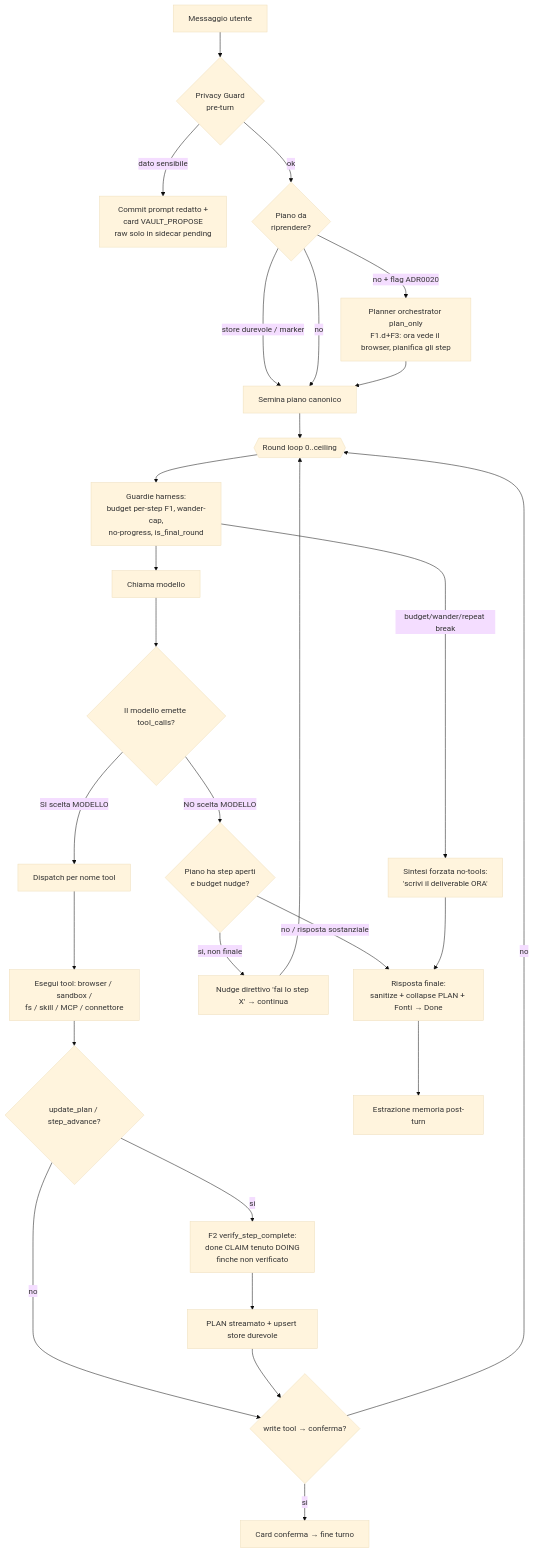
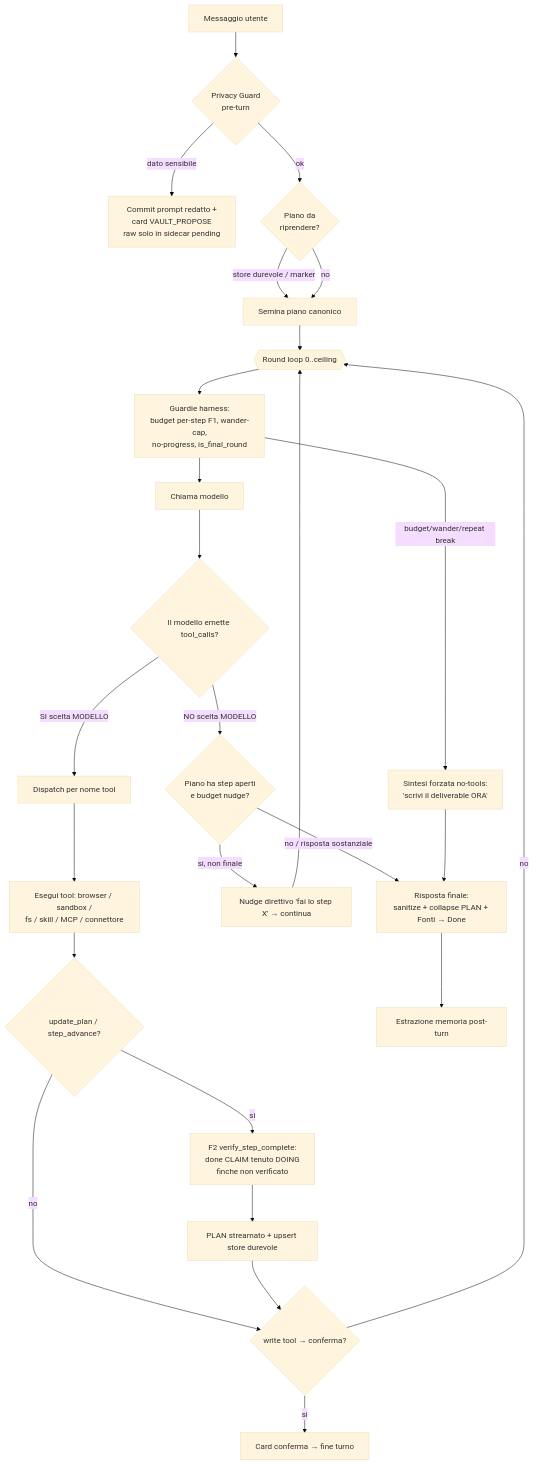
One commit to homun-app/homun-core changed the diagram in docs/architecture/agent-loop.md. Above: the diagram before and after it, drawn with Mermaid (base theme). The commit also changed other lines of this file and 8 other files, not shown here.

````diff
--- a/docs/architecture/agent-loop.md
+++ b/docs/architecture/agent-loop.md
@@ -55,34 +62,32 @@
 ```mermaid
 flowchart TD
     REQ[Messaggio utente] --> PRIV{Privacy Guard<br/>pre-turn}
     PRIV -- "dato sensibile" --> VAULT[Commit prompt redatto +<br/>card VAULT_PROPOSE<br/>raw solo in sidecar pending]
     PRIV -- "ok" --> SEED{Piano da<br/>riprendere?}
     SEED -- "store durevole / marker" --> PLAN0[Semina piano canonico]
-    SEED -- "no + flag ADR0020" --> ORCH[Planner orchestrator plan_only<br/>F1.d+F3: ora vede il browser, pianifica gli step]
     SEED -- no --> PLAN0
-    ORCH --> PLAN0
     PLAN0 --> LOOP{{Round loop 0..ceiling}}
 
     LOOP --> GUARD[Guardie harness:<br/>budget per-step F1, wander-cap,<br/>no-progress, is_final_round]
     GUARD -- "budget/wander/repeat break" --> SYNTH
     GUARD --> CALL[Chiama modello]
     CALL --> FORK{Il modello emette tool_calls?}
 
     FORK -- "SI scelta MODELLO" --> DISP[Dispatch per nome tool]
     DISP --> EXEC[Esegui tool: browser / sandbox /<br/>fs / skill / MCP / connettore]
     EXEC --> PLANUPD{update_plan / step_advance?}
     PLANUPD -- si --> F2[F2 verify_step_complete:<br/>done CLAIM tenuto DOING<br/>finche non verificato]
     F2 --> MARK[PLAN streamato + upsert store durevole]
     PLANUPD -- no --> CONFIRM{write tool → conferma?}
     MARK --> CONFIRM
     CONFIRM -- "si" --> ENDC[Card conferma → fine turno]
     CONFIRM -- no --> LOOP
 
     FORK -- "NO scelta MODELLO" --> NUDGE{Piano ha step aperti<br/>e budget nudge?}
     NUDGE -- "si, non finale" --> DIR[Nudge direttivo 'fai lo step X' → continua]
     DIR --> LOOP
     NUDGE -- "no / risposta sostanziale" --> FINAL[Risposta finale:<br/>sanitize + collapse PLAN + Fonti → Done]
 
     SYNTH[Sintesi forzata no-tools:<br/>'scrivi il deliverable ORA'] --> FINAL
     FINAL --> MEM[Estrazione memoria post-turn]
 ```
````
